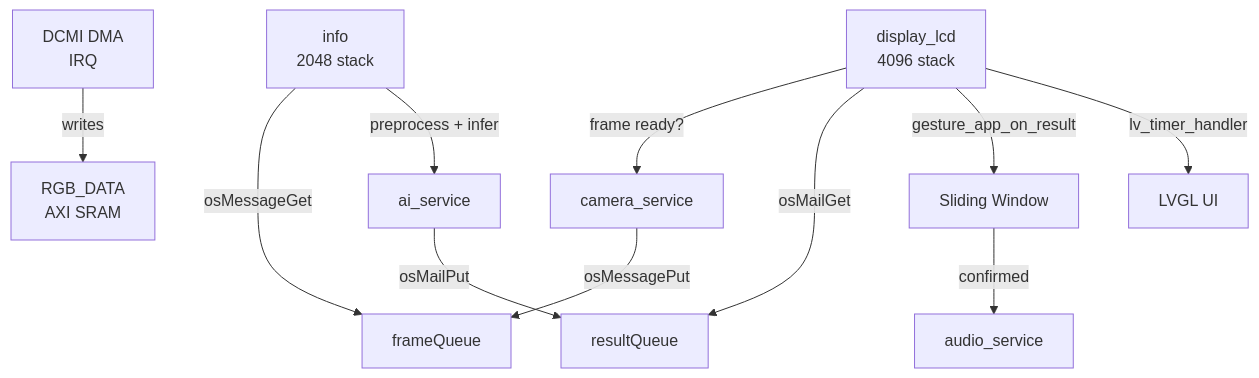
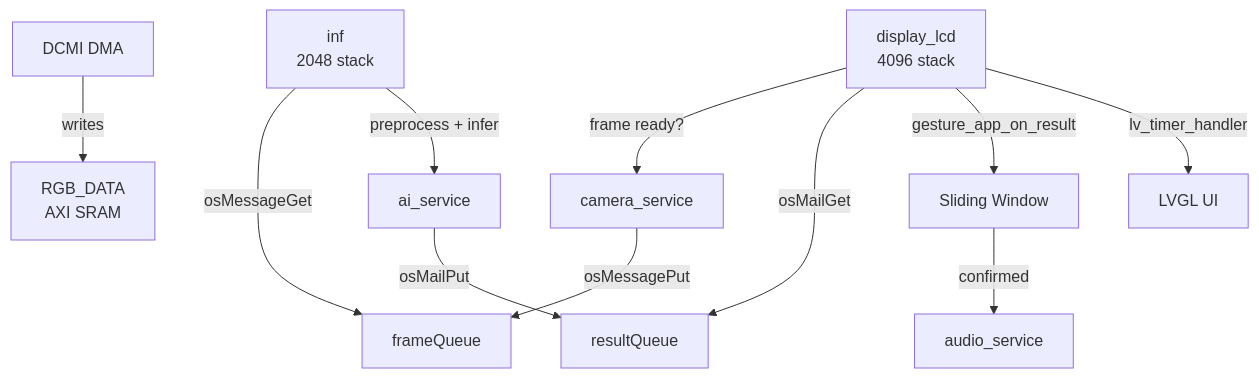
The diagram in README.md (Aimyon0/Sign2Voice), drawn with Mermaid before and after one commit. The commit also changed other lines of this file, not shown here.

Commit message:
docs: polish README for v2.1 — professional presentation, config/error/log sections, clean architecture

````diff
--- a/README.md
+++ b/README.md
@@ -107,13 +122,13 @@
 ```mermaid
 graph TD
-    DCMI[DCMI DMA<br/>IRQ] -->|writes| RGB_DATA[RGB_DATA<br/>AXI SRAM]
+    DCMI[DCMI DMA] -->|writes| RGB_DATA[RGB_DATA<br/>AXI SRAM]
     DISPLAY[display_lcd<br/>4096 stack] -->|frame ready?| CAM[camera_service]
     CAM -->|osMessagePut| FRAME_Q[frameQueue]
-    INF[info<br/>2048 stack] -->|osMessageGet| FRAME_Q
+    INF[inf<br/>2048 stack] -->|osMessageGet| FRAME_Q
     INF -->|preprocess + infer| AI[ai_service]
     AI -->|osMailPut| RESULT_Q[resultQueue]
     DISPLAY -->|osMailGet| RESULT_Q
     DISPLAY -->|gesture_app_on_result| SLIDE[Sliding Window]
     SLIDE -->|confirmed| MP3[audio_service]
     DISPLAY -->|lv_timer_handler| LVGL[LVGL UI]
 ```
````
